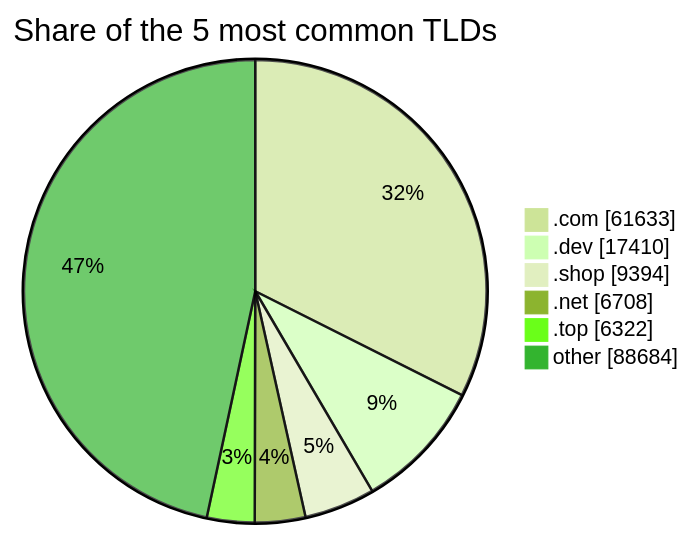
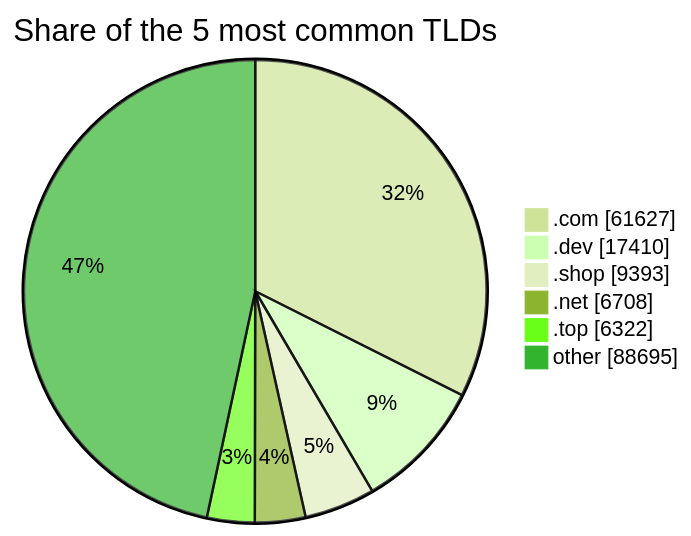
The third of 3 diagrams in README.md (DNSBunker/CTI), drawn with Mermaid (forest theme) before and after one commit. The commit also changed other lines of this file and 3 other files, not shown here.

````diff
--- a/README.md
+++ b/README.md
@@ -81,9 +81,9 @@
 ```mermaid
 pie showData title Share of the 5 most common TLDs
-    ".com" : 61633
+    ".com" : 61627
     ".dev" : 17410
-    ".shop" : 9394
+    ".shop" : 9393
     ".net" : 6708
     ".top" : 6322
-    "other" : 88684
+    "other" : 88695
 ```
````
